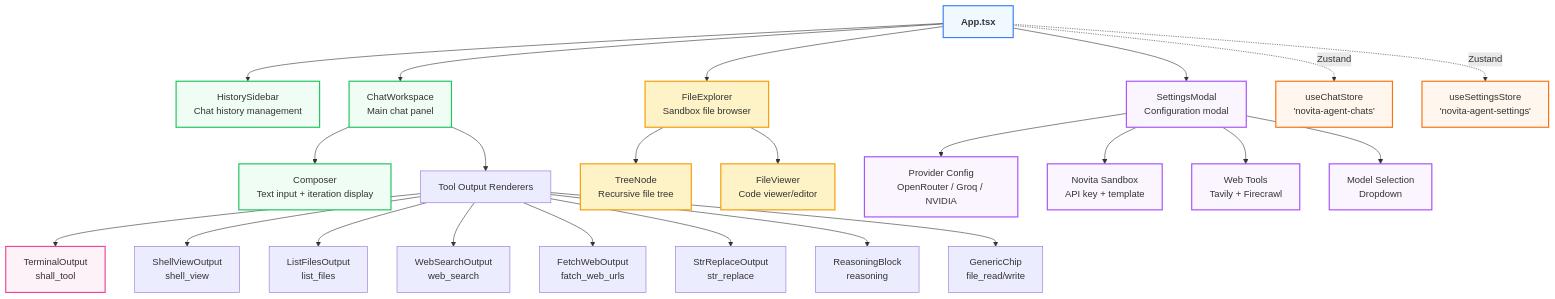
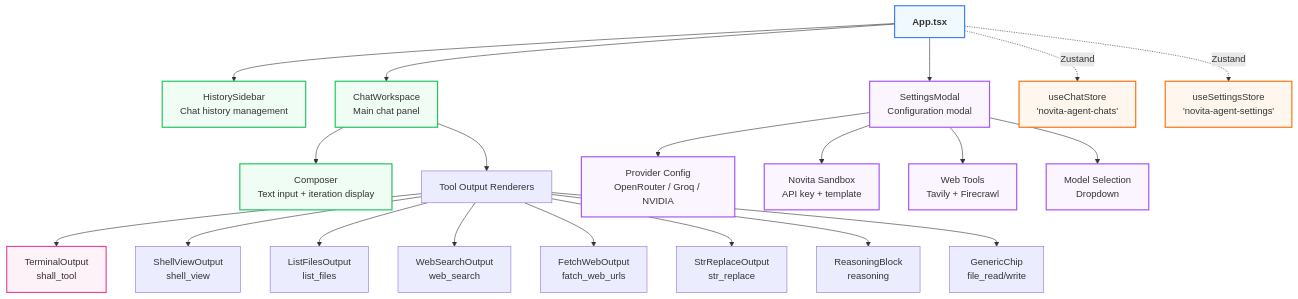
Before and after one commit to opencurro-ai/opencurro-ai: the second of 4 diagrams in frontend/README.md, drawn with Mermaid. The commit also changed other lines of this file and 8 other files, not shown here.

````diff
--- a/frontend/README.md
+++ b/frontend/README.md
@@ -163,45 +151,41 @@
 ```mermaid
 graph TB
     APP["`**App.tsx**`"]
 
     APP --> HSIDEBAR["HistorySidebar<br/>Chat history management"]
     APP --> CHATWS["ChatWorkspace<br/>Main chat panel"]
-    APP --> FILEEX["FileExplorer<br/>Sandbox file browser"]
     APP --> SETMODAL["SettingsModal<br/>Configuration modal"]
 
     CHATWS --> COMPOSER["Composer<br/>Text input + iteration display"]
     CHATWS --> TOOLOUT["Tool Output Renderers"]
 
     TOOLOUT --> TO["TerminalOutput<br/>shall_tool"]
     TOOLOUT --> SVO["ShellViewOutput<br/>shell_view"]
     TOOLOUT --> LFO["ListFilesOutput<br/>list_files"]
     TOOLOUT --> WSO["WebSearchOutput<br/>web_search"]
     TOOLOUT --> FWO["FetchWebOutput<br/>fatch_web_urls"]
     TOOLOUT --> SRO["StrReplaceOutput<br/>str_replace"]
     TOOLOUT --> RB["ReasoningBlock<br/>reasoning"]
     TOOLOUT --> GENC["GenericChip<br/>file_read/write"]
-
-    FILEEX --> TN["TreeNode<br/>Recursive file tree"]
-    FILEEX --> FILEV["FileViewer<br/>Code viewer/editor"]
 
     SETMODAL --> PROV["Provider Config<br/>OpenRouter / Groq / NVIDIA"]
     SETMODAL --> NOV["Novita Sandbox<br/>API key + template"]
     SETMODAL --> WEB["Web Tools<br/>Tavily + Firecrawl"]
     SETMODAL --> SELECT["Model Selection<br/>Dropdown"]
 
     APP -.->|"Zustand"| CS["useChatStore<br/>'novita-agent-chats'"]
     APP -.->|"Zustand"| SS["useSettingsStore<br/>'novita-agent-settings'"]
 
     classDef main fill:#f0f9ff,stroke:#3b82f6,stroke-width:2px
     classDef chat fill:#f0fdf4,stroke:#22c55e,stroke-width:2px
     classDef files fill:#fef3c7,stroke:#f59e0b,stroke-width:2px
     classDef settings fill:#faf5ff,stroke:#a855f7,stroke-width:2px
     classDef output fill:#fdf2f8,stroke:#ec4899,stroke-width:2px
     classDef state fill:#fff7ed,stroke:#f97316,stroke-width:2px
     class APP main
     class HSIDEBAR,CHATWS,COMPOSER chat
     class FILEEX,TN,FILEV files
     class SETMODAL,PROV,NOV,WEB,SELECT settings
     class TO,TSVO,TLFO,TWSO,TFWO,TSRO,TRB,TGENC output
     class CS,SS state
 ```
````
